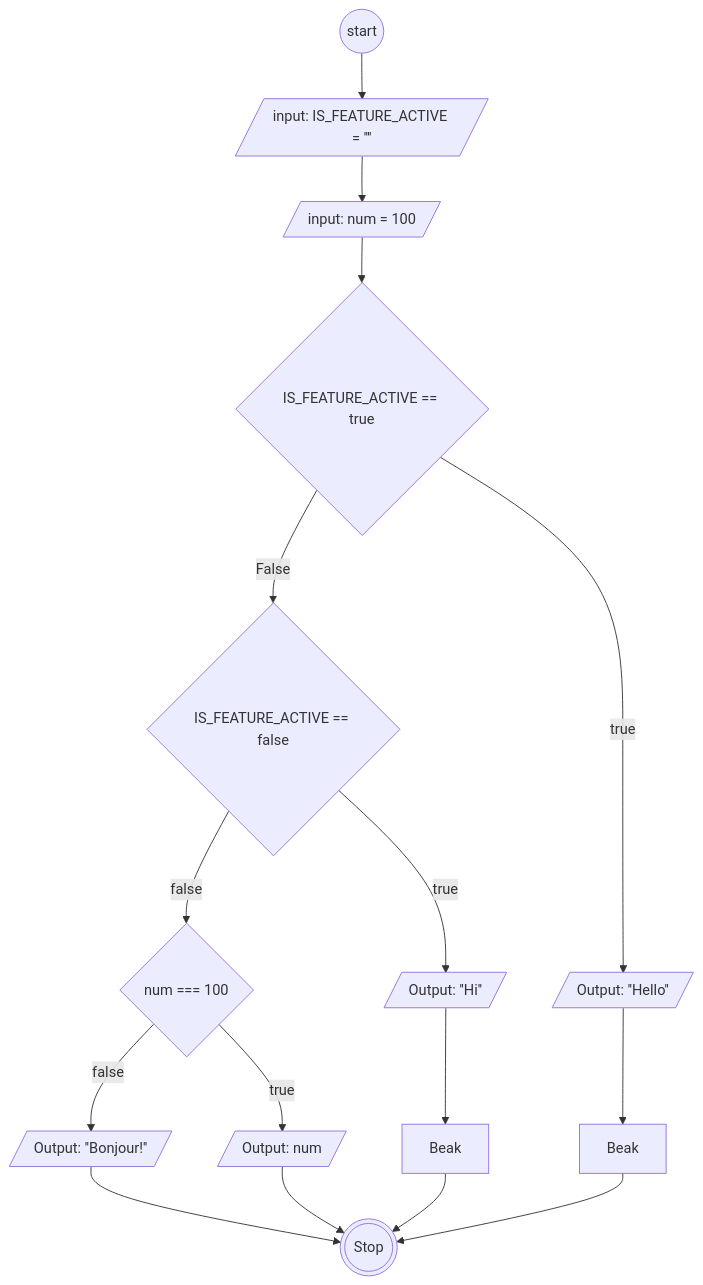
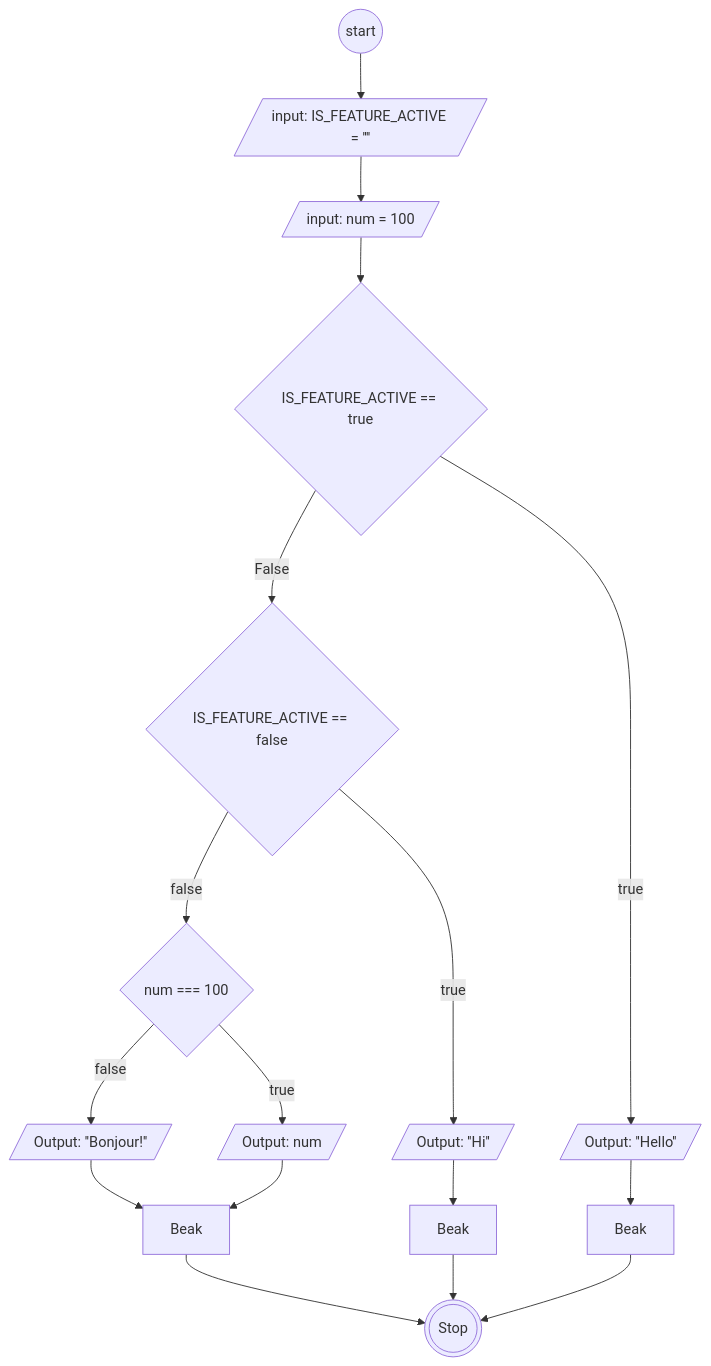
Before and after one commit to AbiPasundan/koda-b6-javascript1: the diagram in flowchart-switch.md, drawn with Mermaid.

````diff
--- a/flowchart-switch.md
+++ b/flowchart-switch.md
@@ -3,29 +3,30 @@
 ```mermaid
     flowchart TB
         Start@{ shape: circ, label: "start"}
         IS_FEATURE_ACTIVE@{ shape: lean-r, label: "input: IS_FEATURE_ACTIVE = ''''"}
         num@{ shape: lean-r, label: "input: num = 100"}
 
         CaseTrue@{ shape: diamond, label: "IS_FEATURE_ACTIVE == true"}
         OutputTrue@{ shape: lean-r, label: "Output: ''Hello''"}
 
         CaseFalse@{ shape: diamond, label: "IS_FEATURE_ACTIVE == false"}
         OutputFalse@{ shape: lean-r, label: "Output: ''Hi''"}
 
         Default@{ shape: diamond, label: "num === 100"}
         DefaultTrue@{ shape: lean-r, label: "Output: num"}
         DefaultFalse@{ shape: lean-r, label: "Output: ''Bonjour!''"}
 
 
         Break1@{ shape: rect, label: "Beak"}
         Break2@{ shape: rect, label: "Beak"}
+        Break3@{ shape: rect, label: "Beak"}
 
         Stop@{ shape: dbl-circ, label: "Stop"}
 
-    Start-->IS_FEATURE_ACTIVE-->num-->CaseTrue-->|False|CaseFalse-->|false|Default-->|false|DefaultFalse-->Stop
+    Start-->IS_FEATURE_ACTIVE-->num-->CaseTrue-->|False|CaseFalse-->|false|Default-->|false|DefaultFalse-->Break3-->Stop
 
     CaseTrue-->|true|OutputTrue-->Break1-->Stop
     CaseFalse-->|true|OutputFalse-->Break2-->Stop
 
-    Default-->|true|DefaultTrue-->Stop
+    Default-->|true|DefaultTrue-->Break3
 ```
````
